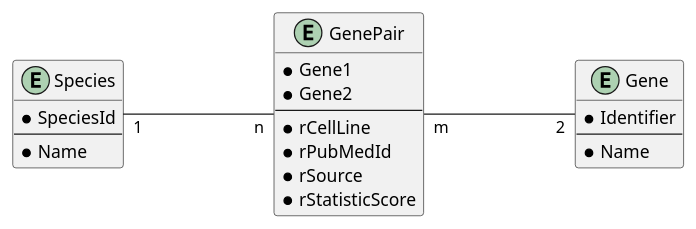
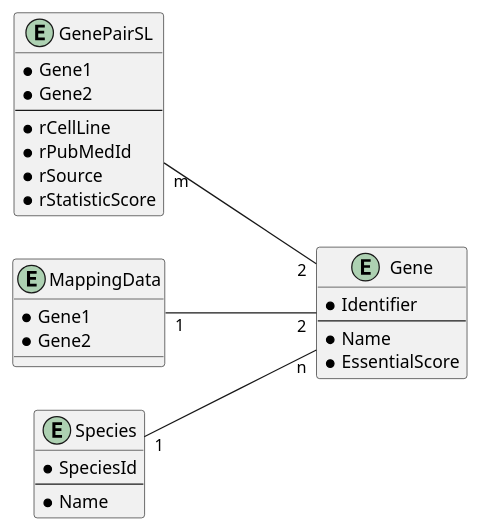
Before and after one commit to Linus-69420/MALOL-Cancer: the diagram in plantuml/erd.puml, drawn with PlantUML.

Commit message:
docs: updatet cld

```diff
--- a/plantuml/erd.puml
+++ b/plantuml/erd.puml
@@ -1,29 +1,36 @@
 @startuml
 left to right direction
 
-entity GenePair {
+entity GenePairSL {
     * Gene1
     * Gene2
     --
     * rCellLine
     * rPubMedId
     * rSource
     * rStatisticScore
 }
 
+entity MappingData {
+    * Gene1
+    * Gene2
+}
+
 entity Gene {
     * Identifier
     --
     * Name
+    * EssentialScore
 }
 
 entity Species {
     * SpeciesId
     --
     * Name
 }
 
-Species "1"---"n" GenePair
-GenePair "m"---"2" Gene
+Species "1"---"n" Gene
+GenePairSL "m"---"2" Gene
+MappingData "1"---"2" Gene
 
 @enduml
```
